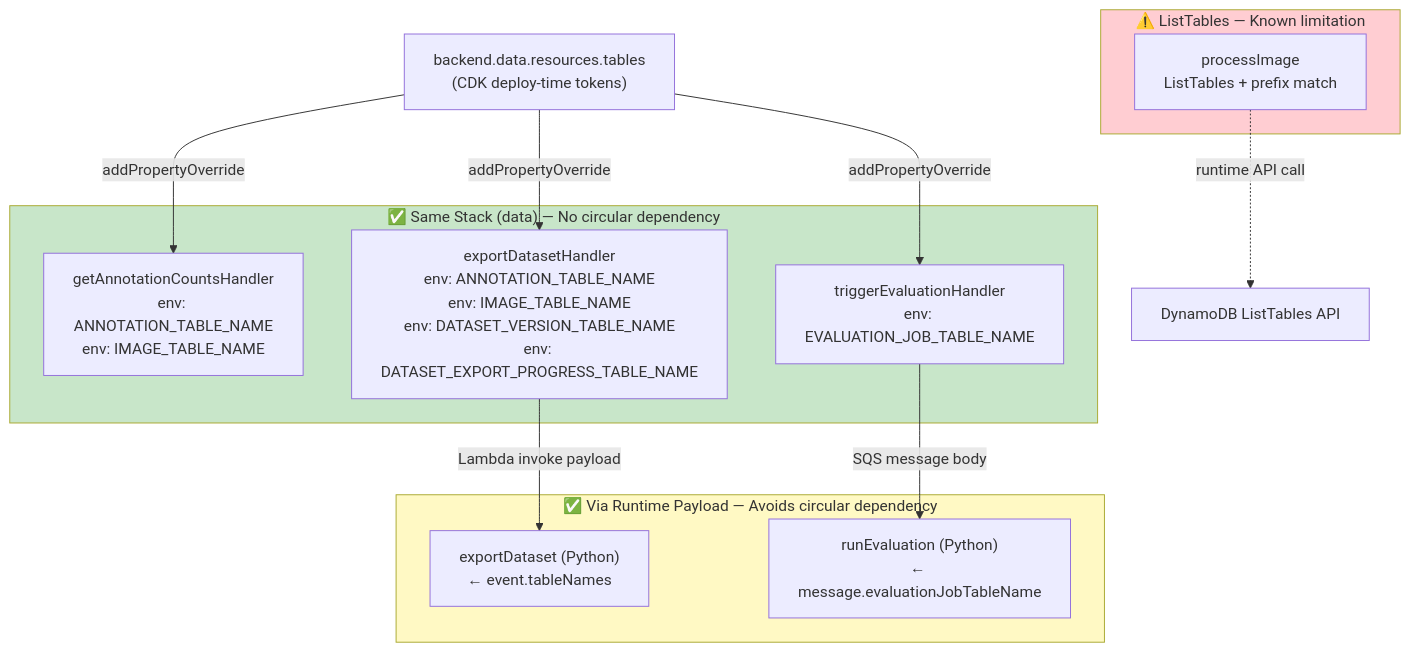
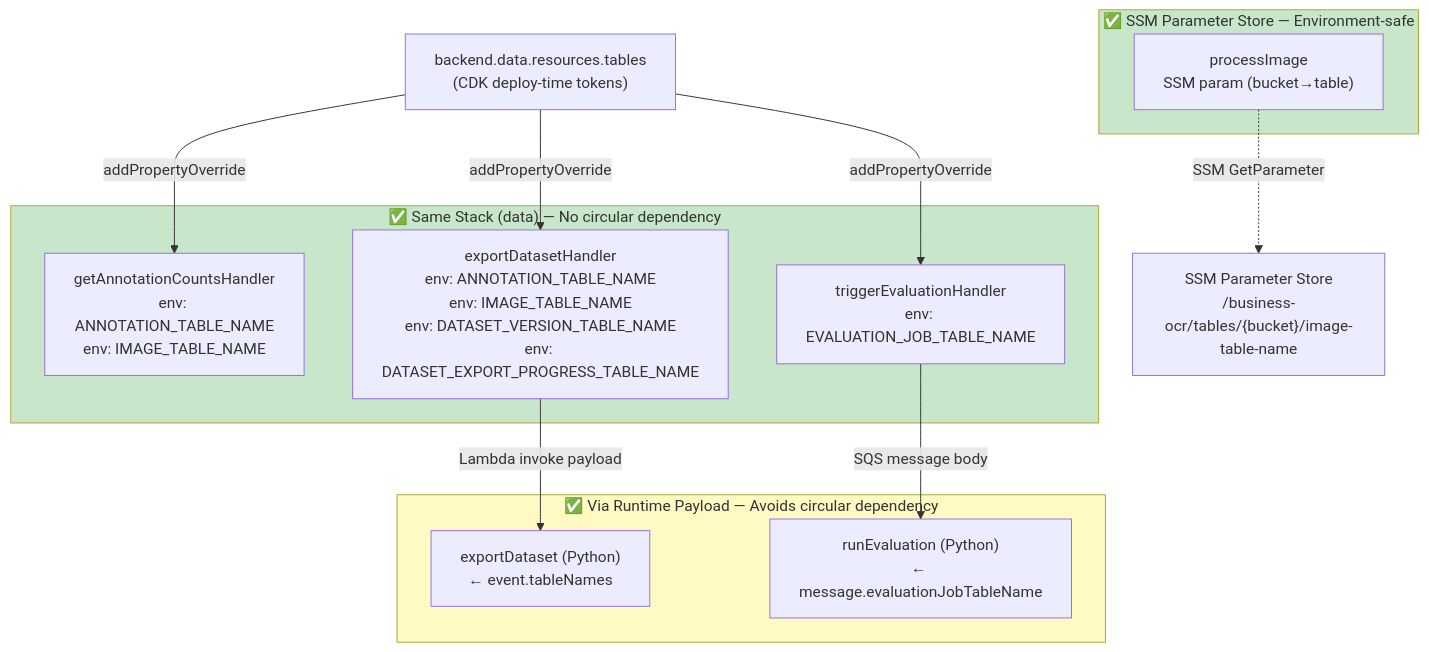
Before and after one commit to icoxfog417/business-ocr-annotator: the third of 4 diagrams in spec/design_stack.md, drawn with Mermaid. The commit also changed other lines of this file and 4 other files, not shown here.

First line of the commit message:
fix: Replace ListTables with SSM Parameter Store for Image table discovery

````diff
--- a/spec/design_stack.md
+++ b/spec/design_stack.md
@@ -95,30 +96,30 @@
 ```mermaid
 flowchart TD
     CDK["backend.data.resources.tables<br/>(CDK deploy-time tokens)"]
 
     subgraph SAFE["✅ Same Stack (data) — No circular dependency"]
         GetCounts["getAnnotationCountsHandler<br/>env: ANNOTATION_TABLE_NAME<br/>env: IMAGE_TABLE_NAME"]
         TriggerEval["triggerEvaluationHandler<br/>env: EVALUATION_JOB_TABLE_NAME"]
         ExportHandler["exportDatasetHandler<br/>env: ANNOTATION_TABLE_NAME<br/>env: IMAGE_TABLE_NAME<br/>env: DATASET_VERSION_TABLE_NAME<br/>env: DATASET_EXPORT_PROGRESS_TABLE_NAME"]
     end
 
     subgraph PAYLOAD["✅ Via Runtime Payload — Avoids circular dependency"]
         ExportDataset["exportDataset (Python)<br/>← event.tableNames"]
         RunEval["runEvaluation (Python)<br/>← message.evaluationJobTableName"]
     end
 
-    subgraph LISTTABLES["⚠️ ListTables — Known limitation"]
-        ProcessImage["processImage<br/>ListTables + prefix match"]
+    subgraph SSM["✅ SSM Parameter Store — Environment-safe"]
+        ProcessImage["processImage<br/>SSM param (bucket→table)"]
     end
 
     CDK -- "addPropertyOverride" --> GetCounts
     CDK -- "addPropertyOverride" --> TriggerEval
     CDK -- "addPropertyOverride" --> ExportHandler
     ExportHandler -- "Lambda invoke payload" --> ExportDataset
     TriggerEval -- "SQS message body" --> RunEval
-    ProcessImage -. "runtime API call" .-> DDB["DynamoDB ListTables API"]
+    ProcessImage -. "SSM GetParameter" .-> SSMParam["SSM Parameter Store<br/>/business-ocr/tables/{bucket}/image-table-name"]
 
     style SAFE fill:#c8e6c9
     style PAYLOAD fill:#fff9c4
-    style LISTTABLES fill:#ffcdd2
+    style SSM fill:#c8e6c9
 ```
````
